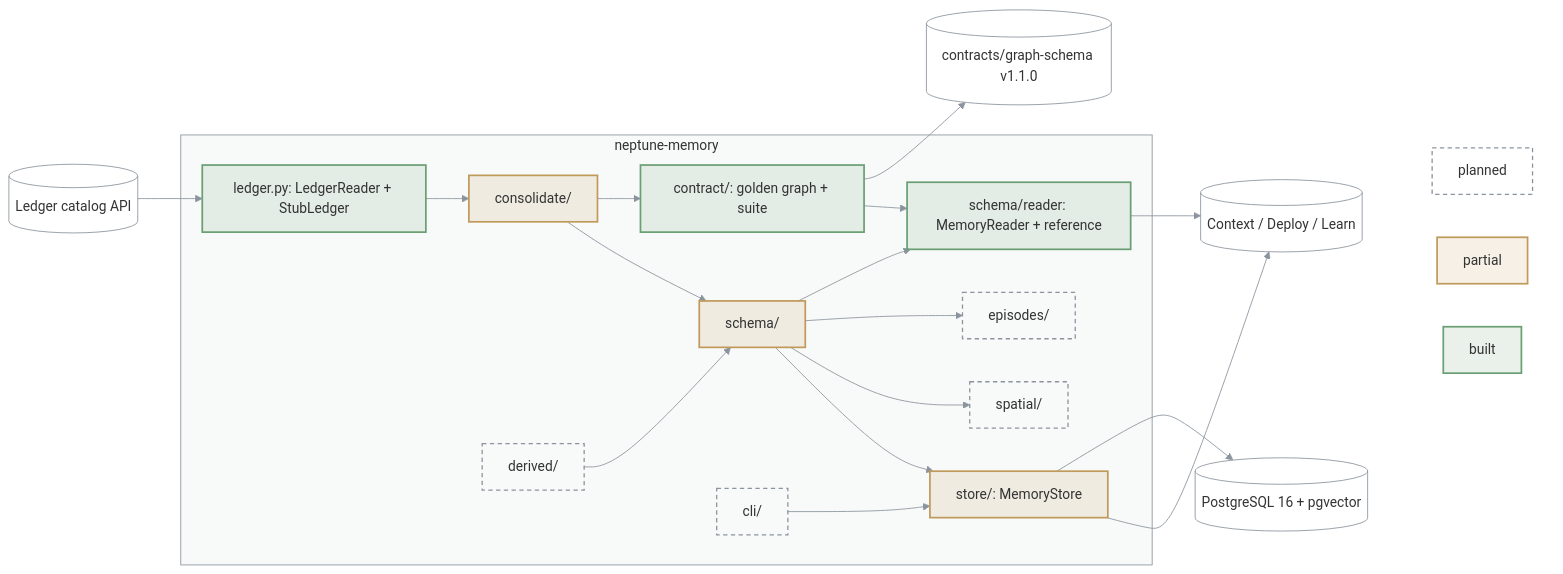
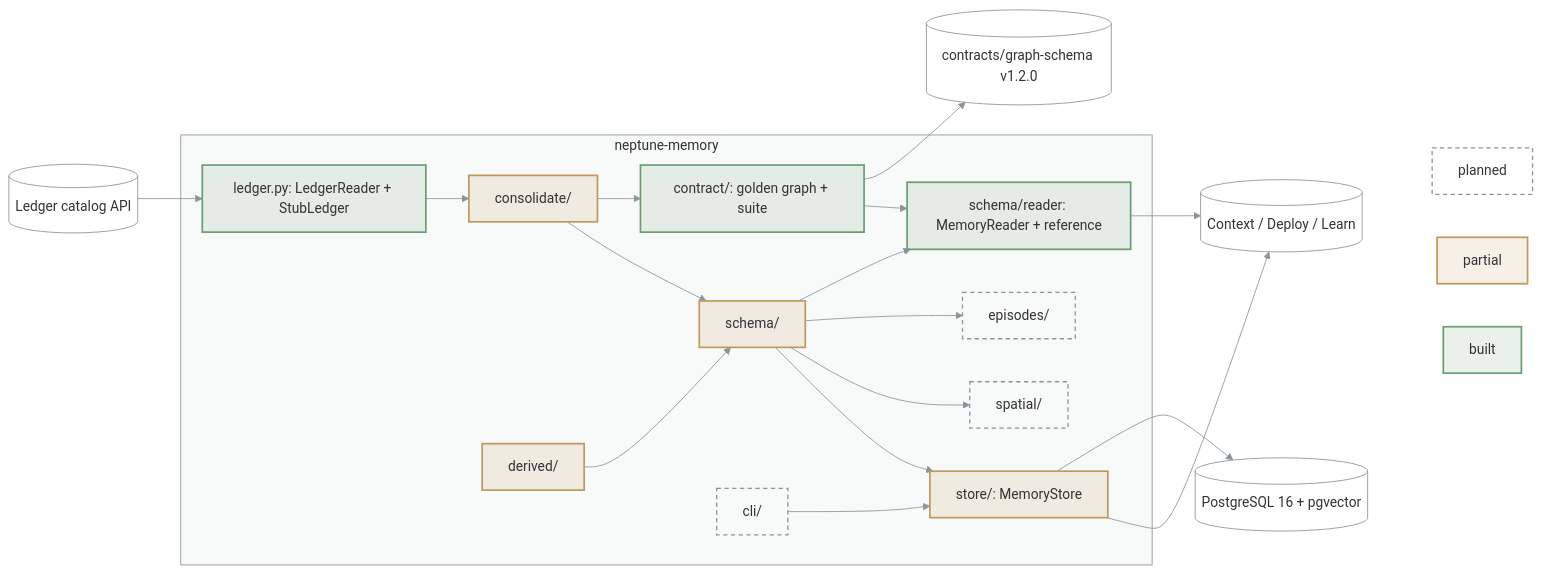
Before and after one commit to bennytay/neptune: the diagram in packages/neptune-memory/ARCHITECTURE.md, drawn with Mermaid. The commit also changed 17 other files, not shown here.

First line of the commit message:
feat(memory): publish graph-schema 1.2.0 with the time-domain registry

````diff
--- a/packages/neptune-memory/ARCHITECTURE.md
+++ b/packages/neptune-memory/ARCHITECTURE.md
@@ -3,48 +3,48 @@
 ```mermaid
 flowchart LR
   LED[("Ledger catalog API")]
   PG[("PostgreSQL 16 + pgvector")]
   subgraph M["neptune-memory"]
     SEAM["ledger.py: LedgerReader + StubLedger"]
     CON["consolidate/"]
     DER["derived/"]
     SCH["schema/"]
     RD["schema/reader: MemoryReader + reference"]
     CT["contract/: golden graph + suite"]
     STO["store/: MemoryStore"]
     SPA["spatial/"]
     EPI["episodes/"]
     CLI["cli/"]
   end
   OUT[("Context / Deploy / Learn")]
   LED --> SEAM --> CON --> SCH --> STO
   DER --> SCH
   SCH --> SPA & EPI
   SCH --> RD --> OUT
   CON --> CT --> RD
-  CT --> REG[("contracts/graph-schema v1.1.0")]
+  CT --> REG[("contracts/graph-schema v1.2.0")]
   STO --> OUT
   CLI --> STO
   STO --> PG
 
   subgraph KEY[" "]
     K1["built"]
     K2["partial"]
     K3["planned"]
   end
   OUT ~~~ K1 & K2 & K3
 
   classDef built fill:#6a9f7426,stroke:#6a9f74,stroke-width:2px
   classDef partial fill:#c09a5b26,stroke:#c09a5b,stroke-width:2px
   classDef todo fill:none,stroke:#8b949e,stroke-width:1.5px,stroke-dasharray:5 4
   classDef ext fill:none,stroke:#8b949e,stroke-width:1px
   class K1 built
   class K2 partial
-  class DER,SPA,EPI,CLI,K3 todo
-  class CON,SCH,STO partial
+  class SPA,EPI,CLI,K3 todo
+  class CON,DER,SCH,STO partial
   class SEAM,RD,CT built
   class LED,OUT,PG,REG ext
   style M fill:#8b949e0f,stroke:#8b949e
   style KEY fill:none,stroke:none
   linkStyle default stroke:#8b949e
 ```
````
